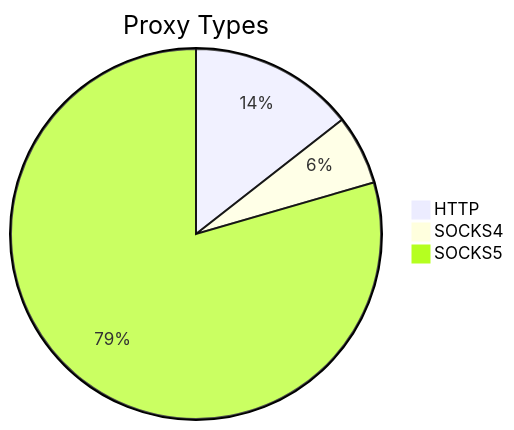
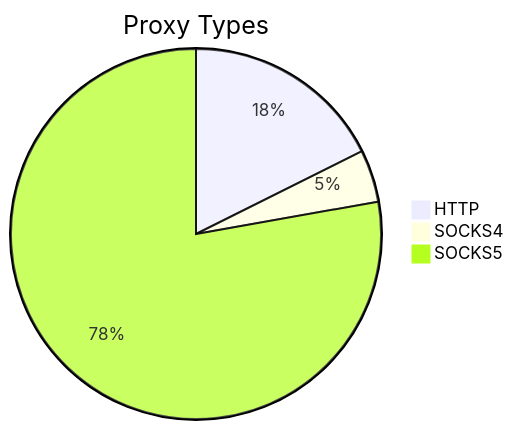
One commit to stormsia/proxy-list changed the first of 2 diagrams in README.md. Above: the diagram before and after it, drawn with Mermaid. The commit also changed other lines of this file, not shown here.

````diff
--- a/README.md
+++ b/README.md
@@ -21,6 +21,6 @@
 ```mermaid
 pie title Proxy Types
-    "HTTP" : 171
-    "SOCKS4" : 72
-    "SOCKS5" : 942
+    "HTTP" : 131
+    "SOCKS4" : 34
+    "SOCKS5" : 578
 ```
````
